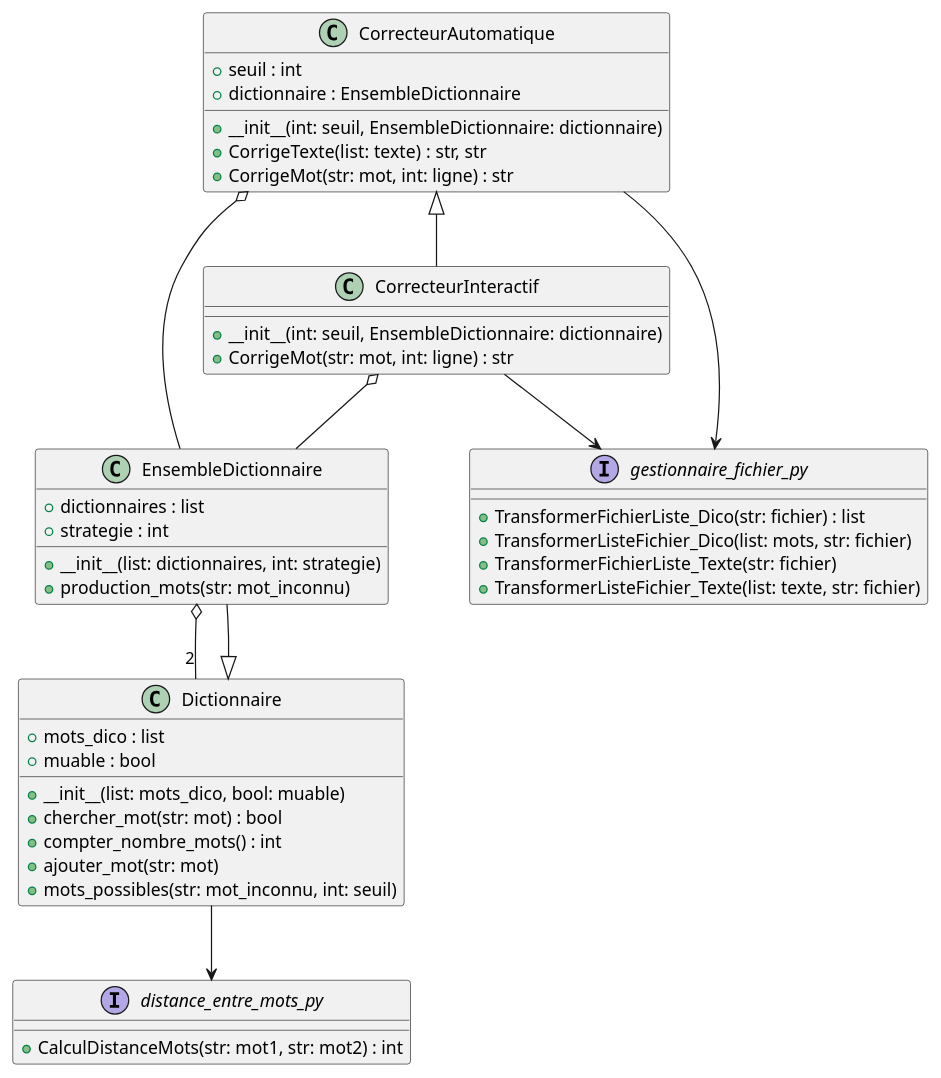
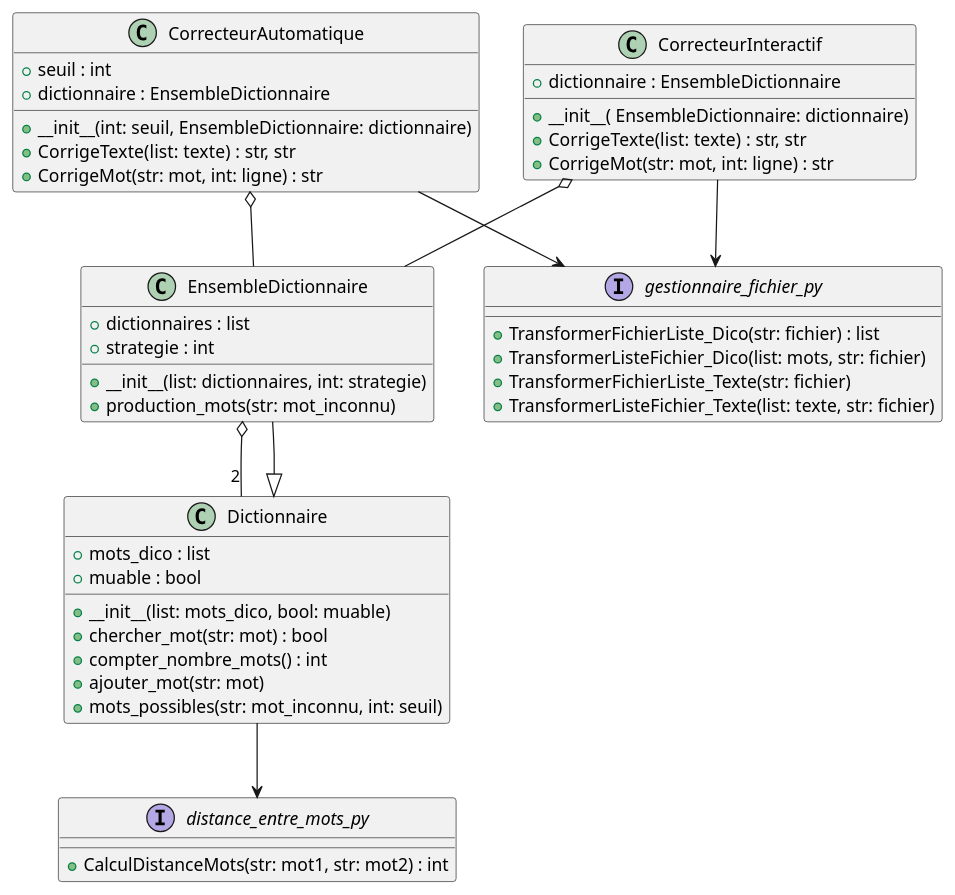
Before and after one commit to sebgranie/projet_info_correcteur: the first of 2 diagrams in diagramme_class.md, drawn with PlantUML.

Commit message:
Diagramme classe

````diff
--- a/diagramme_class.md
+++ b/diagramme_class.md
@@ -3,56 +3,58 @@
 ```puml
 @startuml
 
 class EnsembleDictionnaire {
   + __init__(list: dictionnaires, int: strategie)
   + production_mots(str: mot_inconnu)
   + dictionnaires : list
   + strategie : int
 }
 
 EnsembleDictionnaire o-- "2" Dictionnaire
 Dictionnaire ^-- EnsembleDictionnaire
 
 class Dictionnaire {
   + __init__(list: mots_dico, bool: muable)
   + chercher_mot(str: mot) : bool
   + compter_nombre_mots() : int
   + ajouter_mot(str: mot)
   + mots_possibles(str: mot_inconnu, int: seuil)
   + mots_dico : list
   + muable : bool
 }
 
 interface gestionnaire_fichier_py {
   + TransformerFichierListe_Dico(str: fichier) : list
   + TransformerListeFichier_Dico(list: mots, str: fichier)
   + TransformerFichierListe_Texte(str: fichier)
   + TransformerListeFichier_Texte(list: texte, str: fichier)
 }
 
 interface distance_entre_mots_py {
   + CalculDistanceMots(str: mot1, str: mot2) : int
 }
 
 class CorrecteurAutomatique {
   + __init__(int: seuil, EnsembleDictionnaire: dictionnaire)
   + CorrigeTexte(list: texte) : str, str
   + CorrigeMot(str: mot, int: ligne) : str
   + seuil : int
   + dictionnaire : EnsembleDictionnaire
 }
 
 class CorrecteurInteractif {
-  + __init__(int: seuil, EnsembleDictionnaire: dictionnaire)
+  + __init__( EnsembleDictionnaire: dictionnaire)
+  + CorrigeTexte(list: texte) : str, str
   + CorrigeMot(str: mot, int: ligne) : str
+  + dictionnaire : EnsembleDictionnaire
 }
 
 CorrecteurInteractif --> gestionnaire_fichier_py
 CorrecteurInteractif o-- EnsembleDictionnaire
 CorrecteurAutomatique --> gestionnaire_fichier_py
 Dictionnaire --> distance_entre_mots_py
 CorrecteurAutomatique o-- EnsembleDictionnaire
-CorrecteurAutomatique ^-- CorrecteurInteractif
+
 
 @enduml
 ```
````
